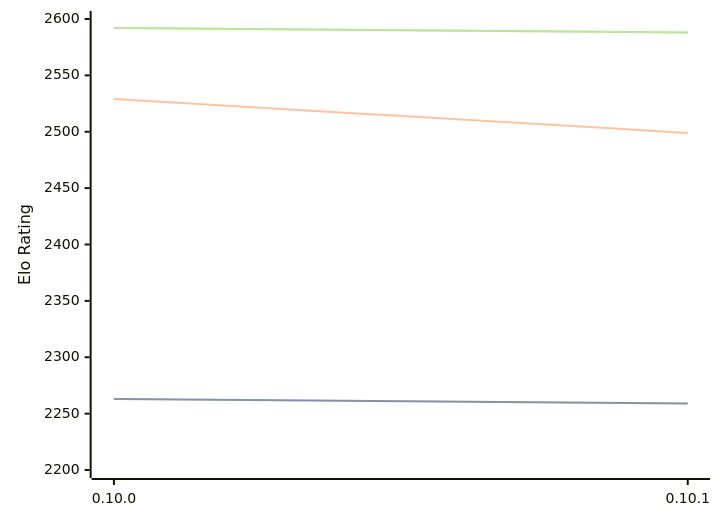
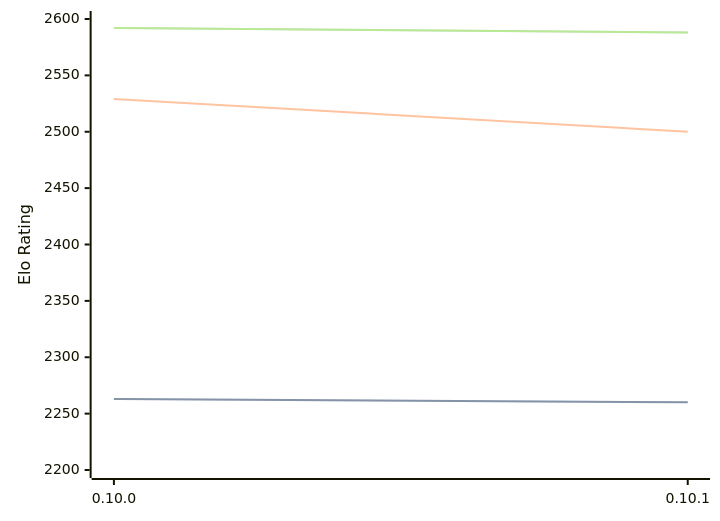
The third of 3 diagrams in engines/Fatalii.md (computer-chess-index/cci), drawn with Mermaid before and after one commit. The commit also changed other lines of this file, not shown here.

````diff
--- a/engines/Fatalii.md
+++ b/engines/Fatalii.md
@@ -79,11 +79,11 @@
 ```mermaid
 %%{init: {"theme":"base","themeVariables":{"seriesColors:['#a3a3a3','#222221','#faa371']}}}%%
 xychart-beta
   x-axis ["0.10.0", "0.10.1"]
   y-axis "Elo Rating" 2200 --> 2600
-  line "STC (8.0+0.08s)" [2263, 2259]
-  line "STC (8.0+0.08s)" [2263, 2259]
-  line "LTC (60.0+0.60s)" [2529, 2499]
+  line "STC (8.0+0.08s)" [2263, 2260]
+  line "STC (8.0+0.08s)" [2263, 2260]
+  line "LTC (60.0+0.60s)" [2529, 2500]
   line "VLTC (2m24s+1.12s)" [2592, 2588]
   line "VLTC (2m24s+1.12s)" [2592, 2588]
 ```
````
